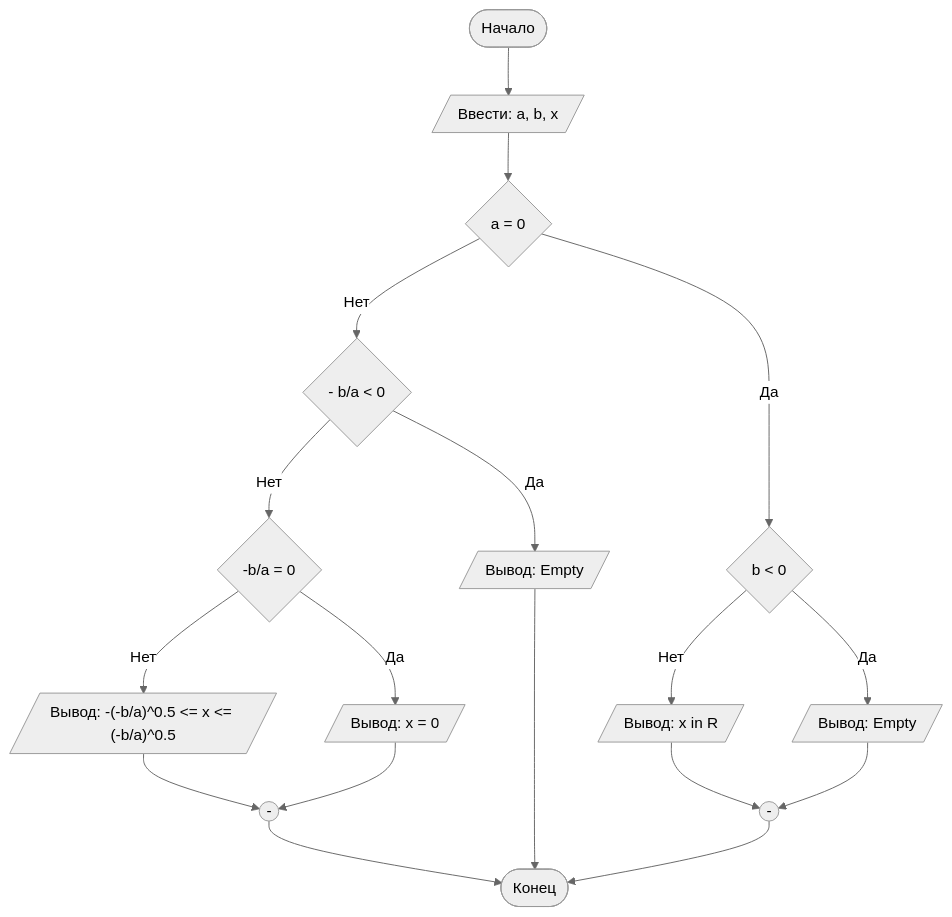
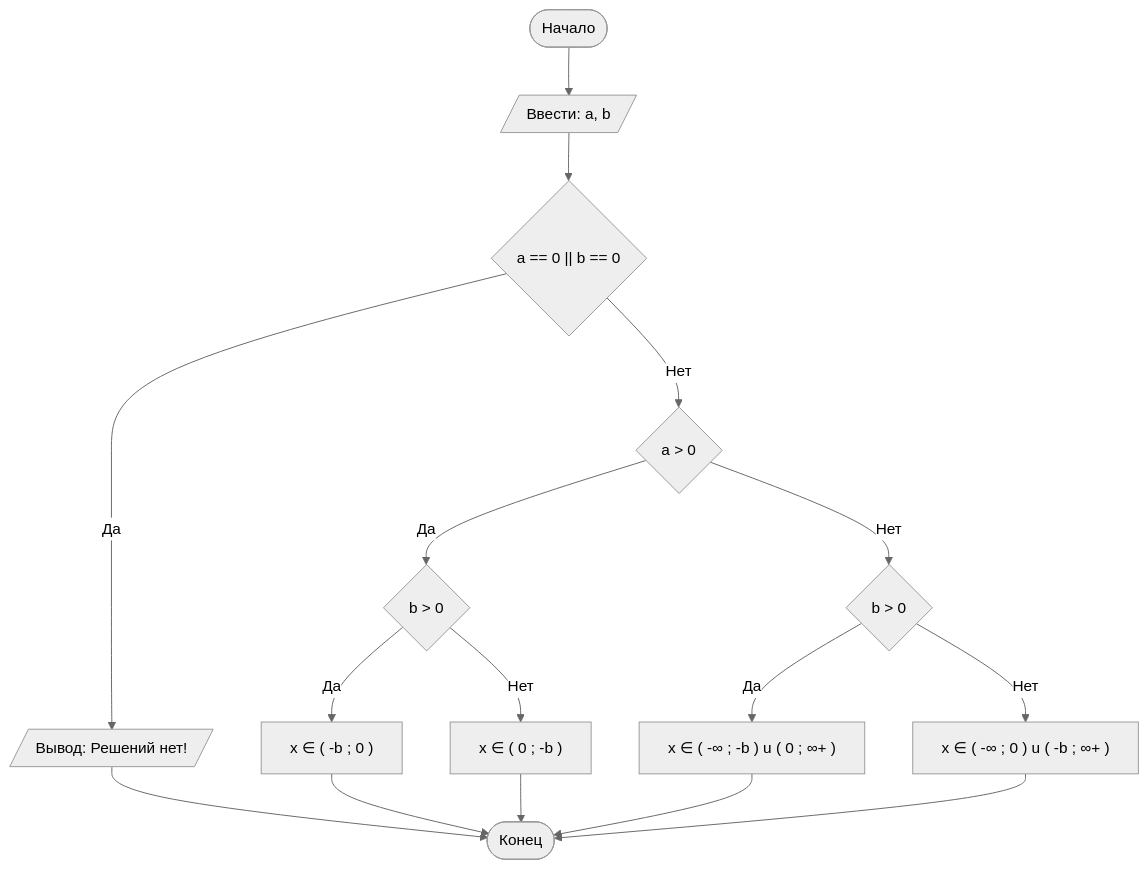
The diagram in README.md (sqvips/LabN1), drawn with Mermaid (neutral theme) before and after one commit. The commit also changed other lines of this file, not shown here.

````diff
--- a/README.md
+++ b/README.md
@@ -114,21 +88,18 @@
 ```mermaid
 graph TD
-    A([Начало]) --> B[/Ввести: a, b, x/]
-    B --> C{a = 0}
-    C -- Нет --> D{- b/a < 0}
-    D -- Нет --> E{"-b/a = 0"}
-    E -- Нет --> F[/"Вывод: -(-b/a)^0.5 <= x <= (-b/a)^0.5"/]
-    E -- Да --> G[/Вывод: x = 0/]
-    D -- Да --> H[/Вывод: Empty/]
-    C -- Да --> I{b < 0}
-    I -- Нет --> J[/Вывод: x in R/]
-    I -- Да --> K[/Вывод: Empty/]
-    J --> M(("-"))
-    K --> M
-    G --> L(("-"))
-    H ----> Z
-    F --> L
-    M --> Z
-    L --> Z([Конец])
-
+    A([Начало]) --> B[/Ввести: a, b/]
+    B --> C{"a == 0 || b == 0"}
+    C -- Да --> D[/Вывод: Решений нет!/]
+    D --> Z([Конец])
+    C -- Нет --> E{a > 0}
+    E -- Да --> F{b > 0}
+    F -- Да --> G["x ∈ ( -b ; 0 )"]
+    F -- Нет --> H["x ∈ ( 0 ; -b )"]
+    E -- Нет --> I{b > 0}
+    I -- Да --> J["x ∈ ( -∞ ; -b ) u ( 0 ; ∞+ )"]
+    I -- Нет --> K["x ∈ ( -∞ ; 0 ) u ( -b ; ∞+ )"]
+    G --> Z
+    H --> Z
+    J --> Z
+    K --> Z
 ```
````
